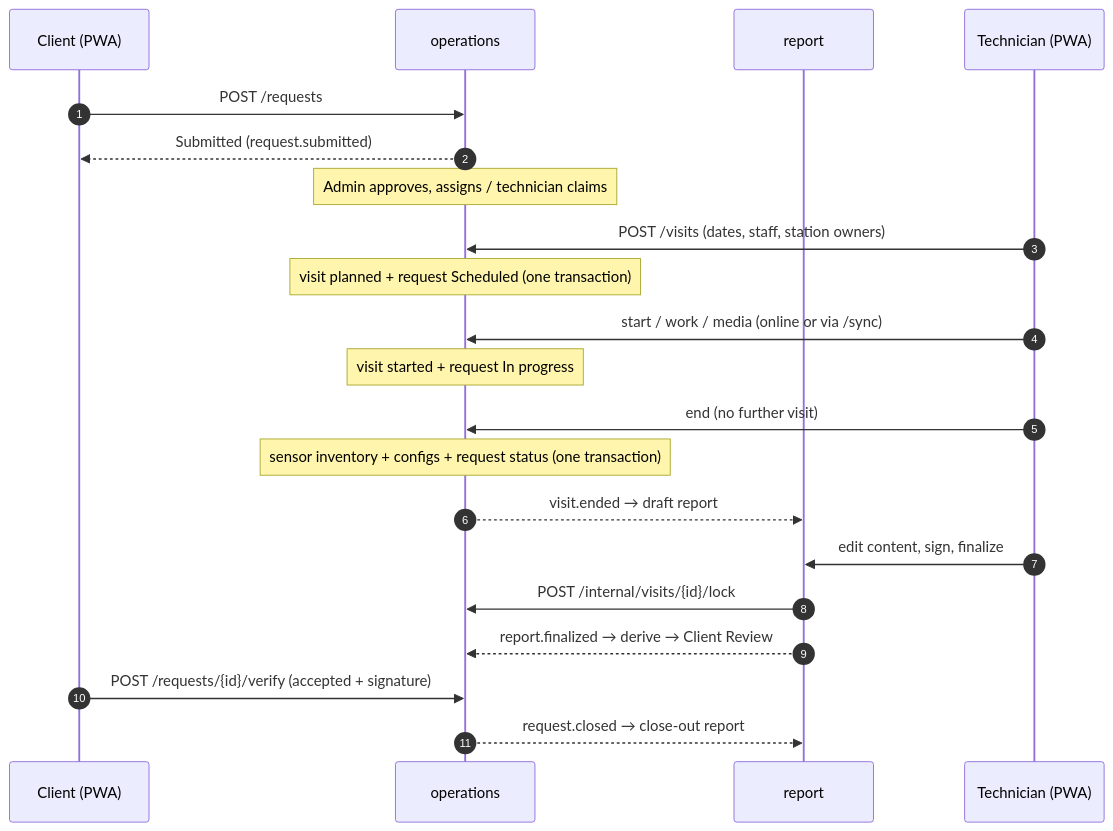
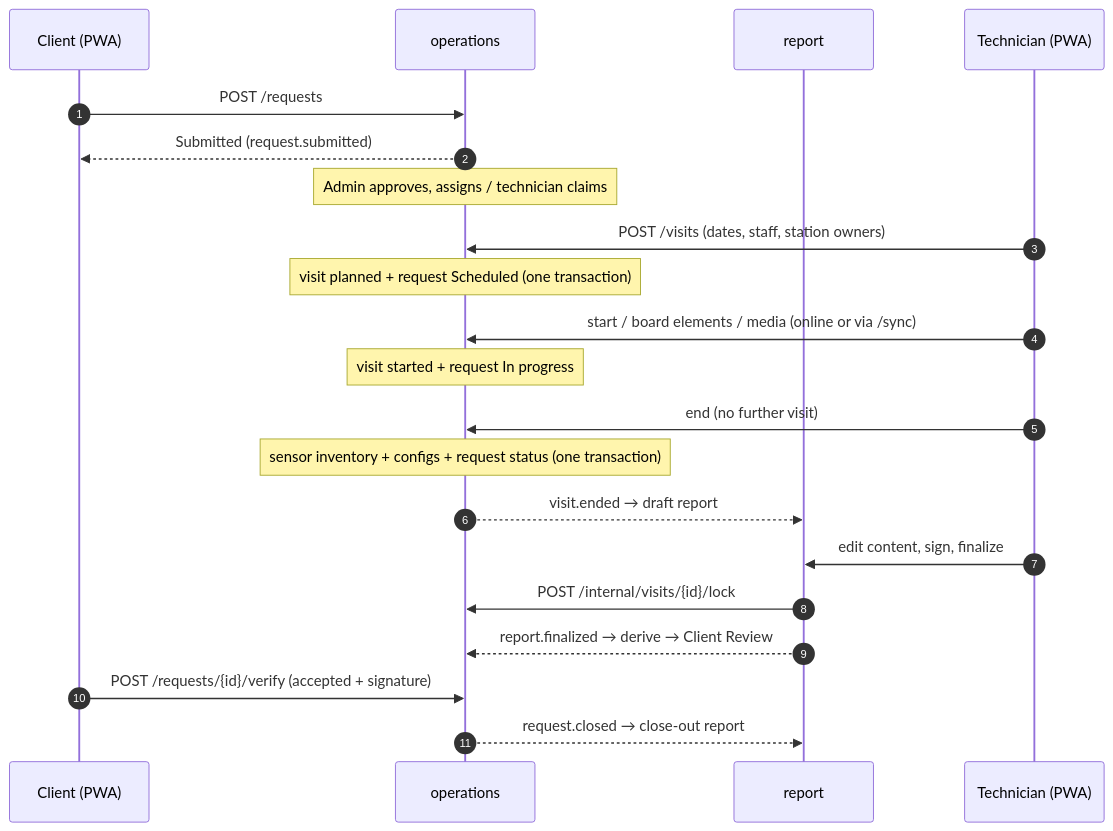
One commit to tajay59/MARS-MMS changed the second of 5 diagrams in docs/TRD.md. Above: the diagram before and after it, drawn with Mermaid. The commit also changed other lines of this file and 10 other files, not shown here.

First line of the commit message:
Docs: the visit board replaces the work record (plan and documents) (#66)

````diff
--- a/docs/TRD.md
+++ b/docs/TRD.md
@@ -446,24 +459,24 @@
 ```mermaid
 sequenceDiagram
     autonumber
     participant C as Client (PWA)
     participant OP as operations
     participant RP as report
     participant T as Technician (PWA)
 
     C->>OP: POST /requests
     OP-->>C: Submitted (request.submitted)
     Note over OP: Admin approves, assigns / technician claims
     T->>OP: POST /visits (dates, staff, station owners)
     Note over OP: visit planned + request Scheduled (one transaction)
-    T->>OP: start / work / media (online or via /sync)
+    T->>OP: start / board elements / media (online or via /sync)
     Note over OP: visit started + request In progress
     T->>OP: end (no further visit)
     Note over OP: sensor inventory + configs + request status (one transaction)
     OP-->>RP: visit.ended → draft report
     T->>RP: edit content, sign, finalize
     RP->>OP: POST /internal/visits/{id}/lock
     RP-->>OP: report.finalized → derive → Client Review
     C->>OP: POST /requests/{id}/verify (accepted + signature)
     OP-->>RP: request.closed → close-out report
 ```
````
